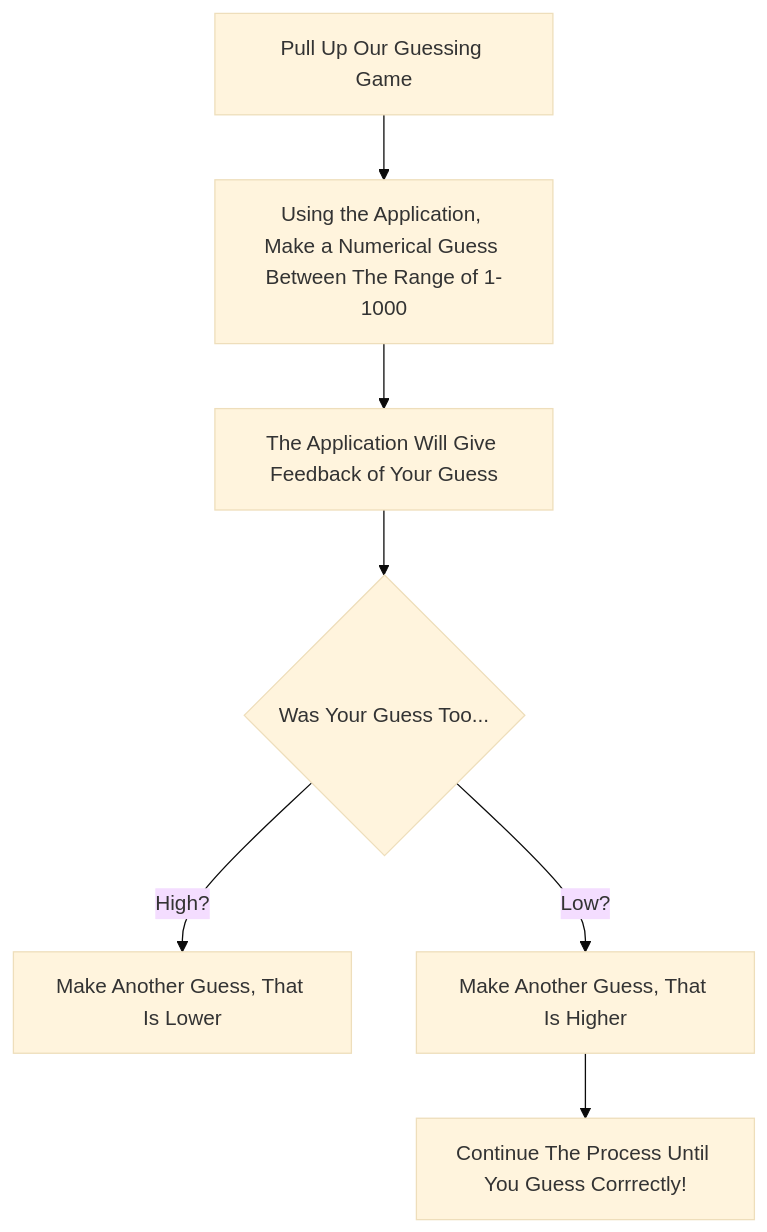
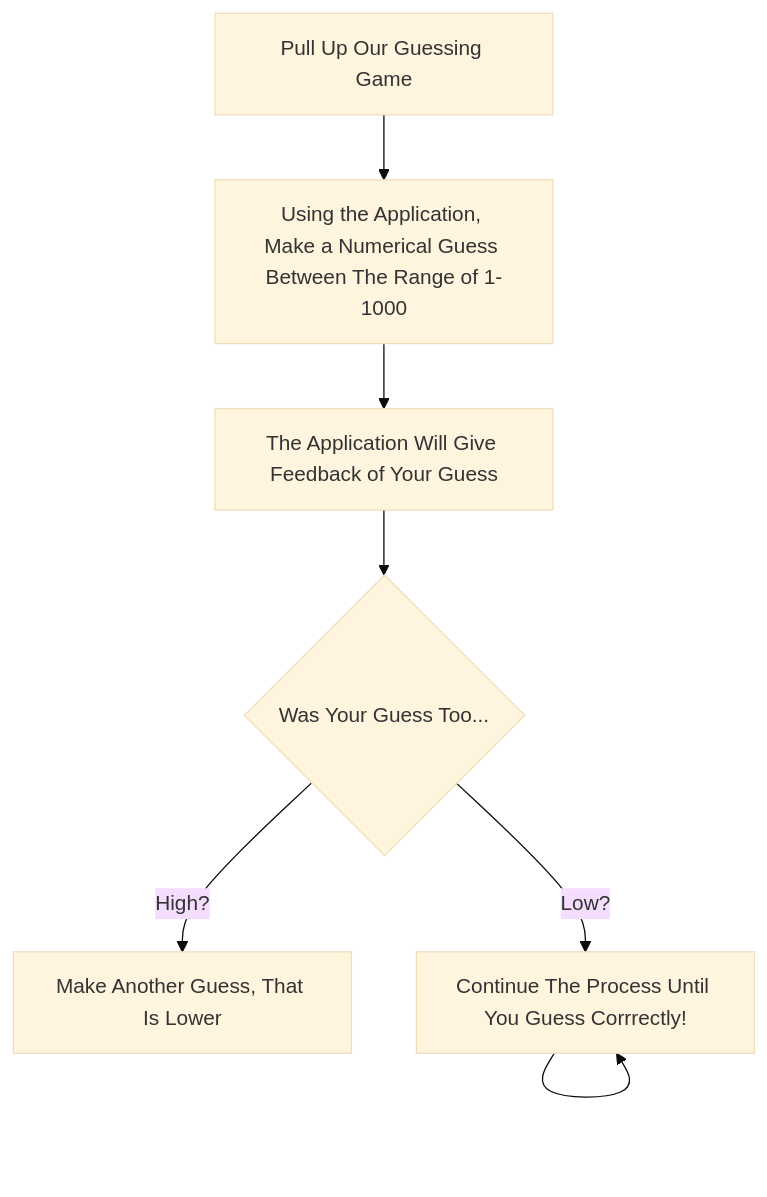
One commit to isagar930/isagar930.github.io changed the diagram in README.md. Above: the diagram before and after it, drawn with Mermaid (base theme).

````diff
--- a/README.md
+++ b/README.md
@@ -21,7 +21,7 @@
 ```mermaid
 flowchart TD
 A[Pull Up Our Guessing Game] --> B[Using the Application, Make a Numerical Guess Between The Range of 1-1000] --> C[The Application Will Give Feedback of Your Guess]
 --> D{Was Your Guess Too...}
 D --> |High?| E[Make Another Guess, That Is Lower]
-D --> |Low?| F[Make Another Guess, That Is Higher] --> E&F[Continue The Process Until You Guess Corrrectly!]
+D --> |Low?| F[Make Another Guess, That Is Higher] --> F[Continue The Process Until You Guess Corrrectly!]
 ```
````
